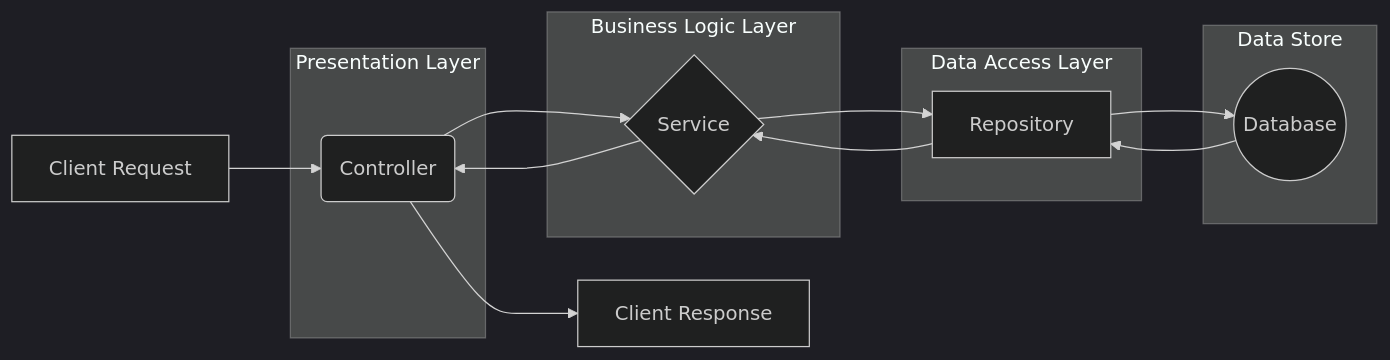
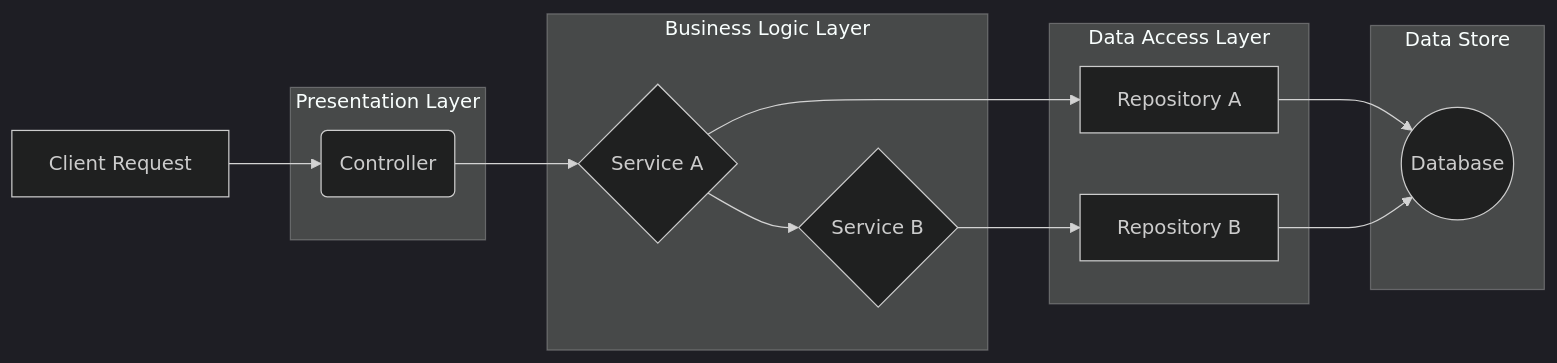
Before and after one commit to VENIZIA-AI/ignis: the diagram in packages/docs/wiki/get-started/core-concepts/services.md, drawn with Mermaid (dark theme). The commit also changed other lines of this file and 22 other files, not shown here.

````diff
--- a/packages/docs/wiki/get-started/core-concepts/services.md
+++ b/packages/docs/wiki/get-started/core-concepts/services.md
@@ -59,24 +52,25 @@
 ```mermaid
 graph LR
     A[Client Request] --> B(Controller);
-    B --> C{Service};
-    C --> D[Repository];
-    D --> E((Database));
-    E --> D;
-    D --> C;
-    C --> B;
-    B --> F[Client Response];
+    B --> C1{Service A};
+    C1 --> C2{Service B};
+    C1 --> D1[Repository A];
+    C2 --> D2[Repository B];
+    D1 --> E((Database));
+    D2 --> E;
 
     subgraph "Presentation Layer"
         B
     end
     subgraph "Business Logic Layer"
-        C
+        C1
+        C2
     end
     subgraph "Data Access Layer"
-        D
+        D1
+        D2
     end
     subgraph "Data Store"
         E
     end
 ```
````
